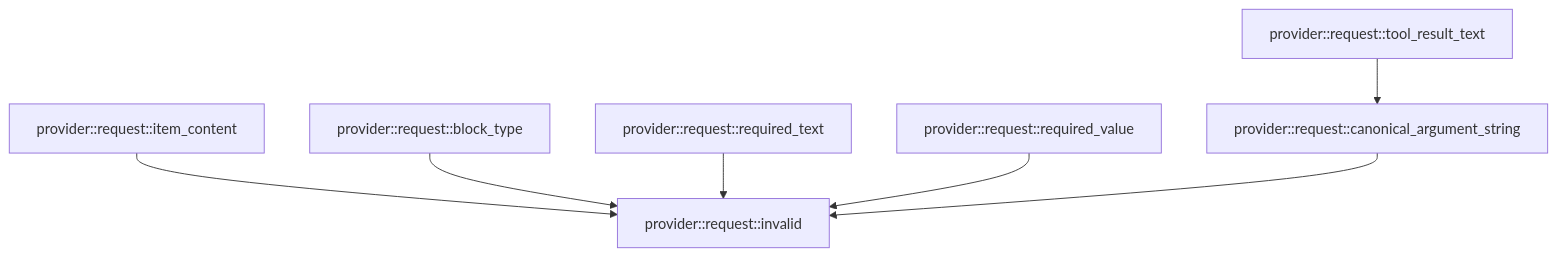
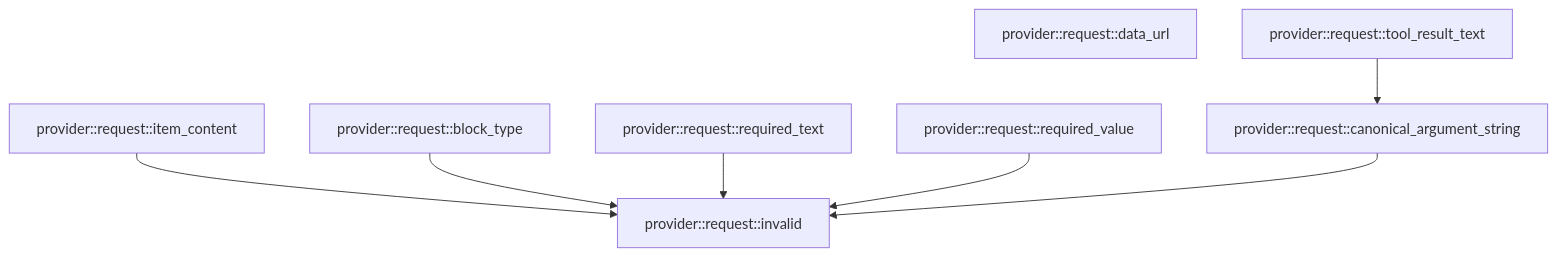
Before and after one commit to TekesApps/TekesKernel: the third of 3 diagrams in crates/provider/docs/generated/src--request.md, drawn with Mermaid. The commit also changed other lines of this file and 38 other files, not shown here.

````diff
--- a/crates/provider/docs/generated/src--request.md
+++ b/crates/provider/docs/generated/src--request.md
@@ -261,16 +266,17 @@
 ```mermaid
 flowchart TD
-  n0["provider::request::item_content"]
-  n1["provider::request::block_type"]
-  n2["provider::request::required_text"]
-  n3["provider::request::required_value"]
-  n4["provider::request::tool_result_text"]
-  n5["provider::request::canonical_argument_string"]
-  n6["provider::request::invalid"]
-  n0 --> n6
-  n1 --> n6
-  n2 --> n6
-  n3 --> n6
-  n4 --> n5
+  n0["provider::request::data_url"]
+  n1["provider::request::item_content"]
+  n2["provider::request::block_type"]
+  n3["provider::request::required_text"]
+  n4["provider::request::required_value"]
+  n5["provider::request::tool_result_text"]
+  n6["provider::request::canonical_argument_string"]
+  n7["provider::request::invalid"]
+  n1 --> n7
+  n2 --> n7
+  n3 --> n7
+  n4 --> n7
   n5 --> n6
+  n6 --> n7
 ```
````
